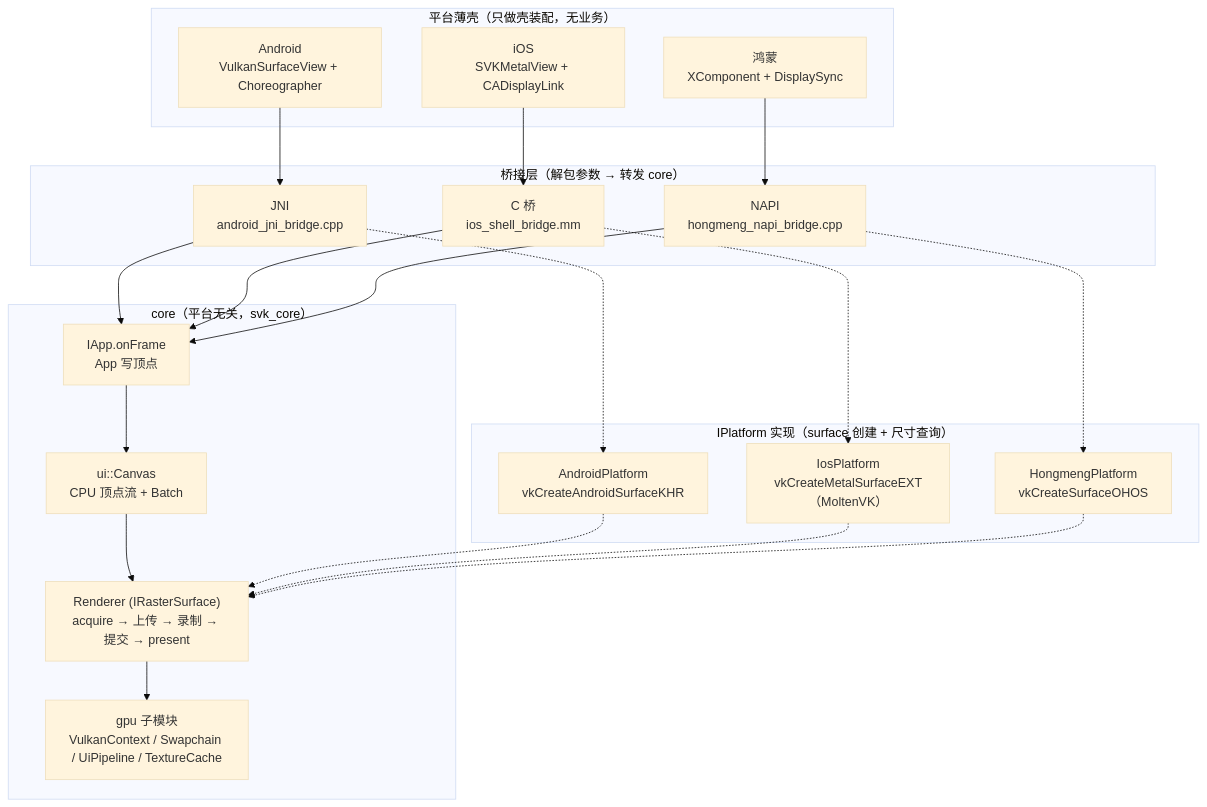
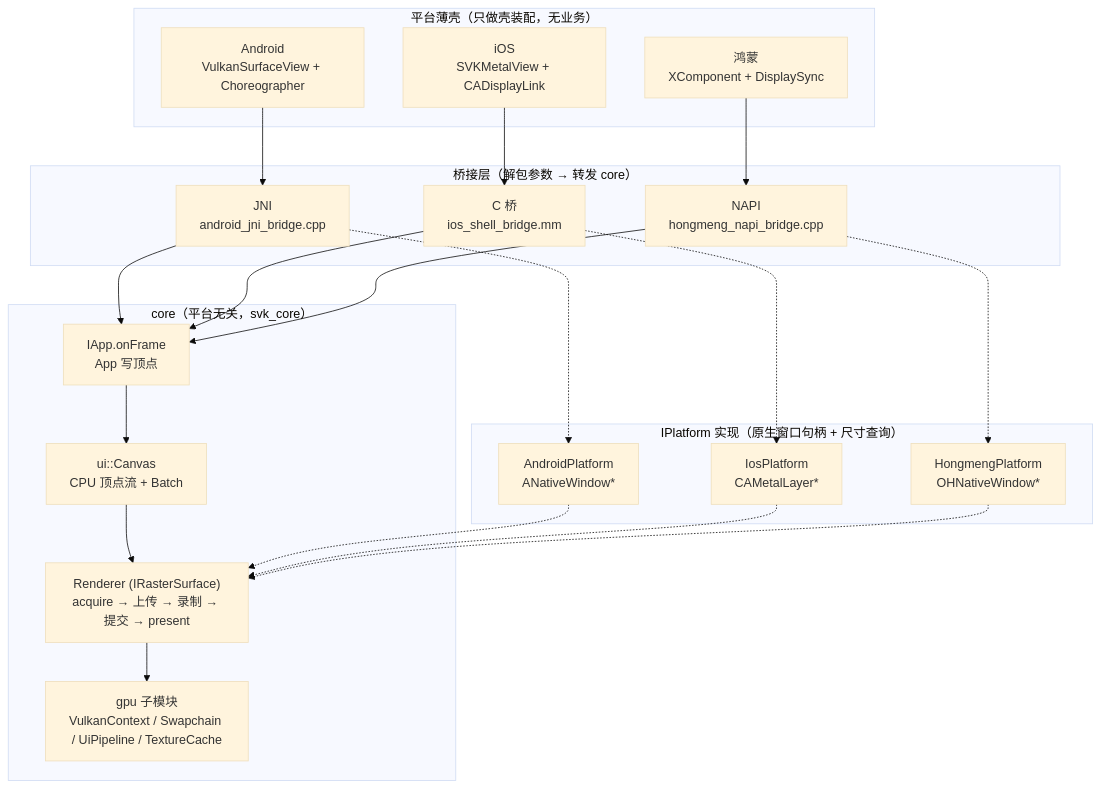
One commit to helloworldwangziyi/SVK changed the first of 8 diagrams in docs/startup-sequence.md. Above: the diagram before and after it, drawn with Mermaid (base theme). The commit also changed other lines of this file and 45 other files, not shown here.

````diff
--- a/docs/startup-sequence.md
+++ b/docs/startup-sequence.md
@@ -16,41 +16,41 @@
 ```mermaid
 flowchart TB
     subgraph shell["平台薄壳（只做壳装配，无业务）"]
         A1["Android<br/>VulkanSurfaceView + Choreographer"]
         A2["iOS<br/>SVKMetalView + CADisplayLink"]
         A3["鸿蒙<br/>XComponent + DisplaySync"]
     end
 
     subgraph bridge["桥接层（解包参数 → 转发 core）"]
         B1["JNI<br/>android_jni_bridge.cpp"]
         B2["C 桥<br/>ios_shell_bridge.mm"]
         B3["NAPI<br/>hongmeng_napi_bridge.cpp"]
     end
 
     subgraph core["core（平台无关，svk_core）"]
         C1["IApp.onFrame<br/>App 写顶点"]
         C2["ui::Canvas<br/>CPU 顶点流 + Batch"]
         C3["Renderer (IRasterSurface)<br/>acquire → 上传 → 录制 → 提交 → present"]
         C4["gpu 子模块<br/>VulkanContext / Swapchain / UiPipeline / TextureCache"]
     end
 
-    subgraph platformImpl["IPlatform 实现（surface 创建 + 尺寸查询）"]
-        P1["AndroidPlatform<br/>vkCreateAndroidSurfaceKHR"]
-        P2["IosPlatform<br/>vkCreateMetalSurfaceEXT（MoltenVK）"]
-        P3["HongmengPlatform<br/>vkCreateSurfaceOHOS"]
+    subgraph platformImpl["IPlatform 实现（原生窗口句柄 + 尺寸查询）"]
+        P1["AndroidPlatform<br/>ANativeWindow*"]
+        P2["IosPlatform<br/>CAMetalLayer*"]
+        P3["HongmengPlatform<br/>OHNativeWindow*"]
     end
 
     A1 --> B1
     A2 --> B2
     A3 --> B3
     B1 --> C1
     B2 --> C1
     B3 --> C1
     C1 --> C2 --> C3 --> C4
     B1 -.-> P1
     B2 -.-> P2
     B3 -.-> P3
     P1 -.-> C3
     P2 -.-> C3
     P3 -.-> C3
 ```
````
